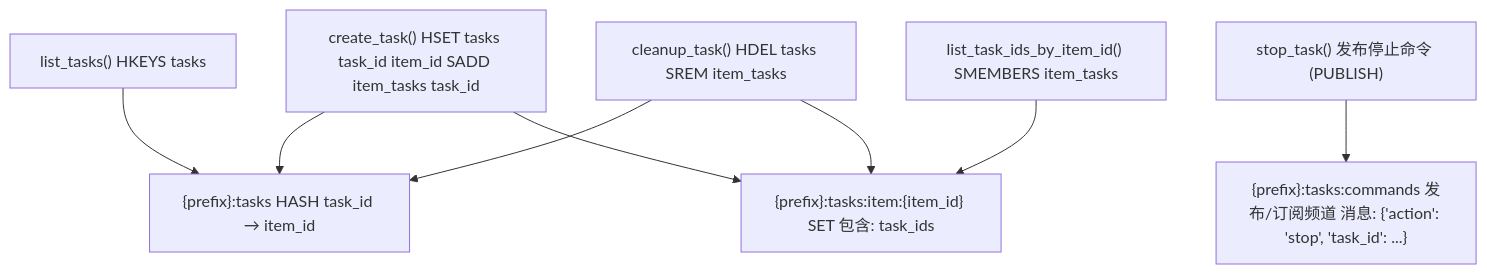
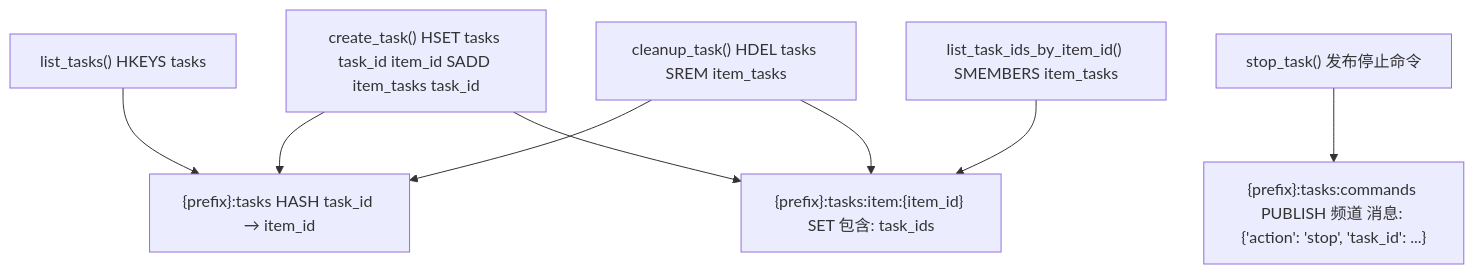
The seventh of 10 diagrams in tests/open-webui_deepwiki/zh/16-real-time-communication.md (Chesszyh/Wiki), drawn with Mermaid before and after one commit. The commit also changed other lines of this file and 234 other files, not shown here.

````diff
--- a/tests/open-webui_deepwiki/zh/16-real-time-communication.md
+++ b/tests/open-webui_deepwiki/zh/16-real-time-communication.md
@@ -353,19 +353,19 @@
 ```mermaid
 flowchart TD
     TasksHash["{prefix}:tasks HASH task_id → item_id"]
     ItemTasksSet["{prefix}:tasks:item:{item_id} SET 包含: task_ids"]
-    PubSubChannel["{prefix}:tasks:commands 发布/订阅频道 消息: {'action': 'stop', 'task_id': ...}"]
+    PubSubChannel["{prefix}:tasks:commands PUBLISH 频道 消息: {'action': 'stop', 'task_id': ...}"]
     Create["create_task() HSET tasks task_id item_id SADD item_tasks task_id"]
     List["list_tasks() HKEYS tasks"]
     ListItem["list_task_ids_by_item_id() SMEMBERS item_tasks"]
-    Stop["stop_task() 发布停止命令 (PUBLISH)"]
+    Stop["stop_task() 发布停止命令"]
     Cleanup["cleanup_task() HDEL tasks SREM item_tasks"]
 
     Create --> TasksHash
     Create --> ItemTasksSet
     List --> TasksHash
     ListItem --> ItemTasksSet
     Stop --> PubSubChannel
     Cleanup --> TasksHash
     Cleanup --> ItemTasksSet
 ```
````
